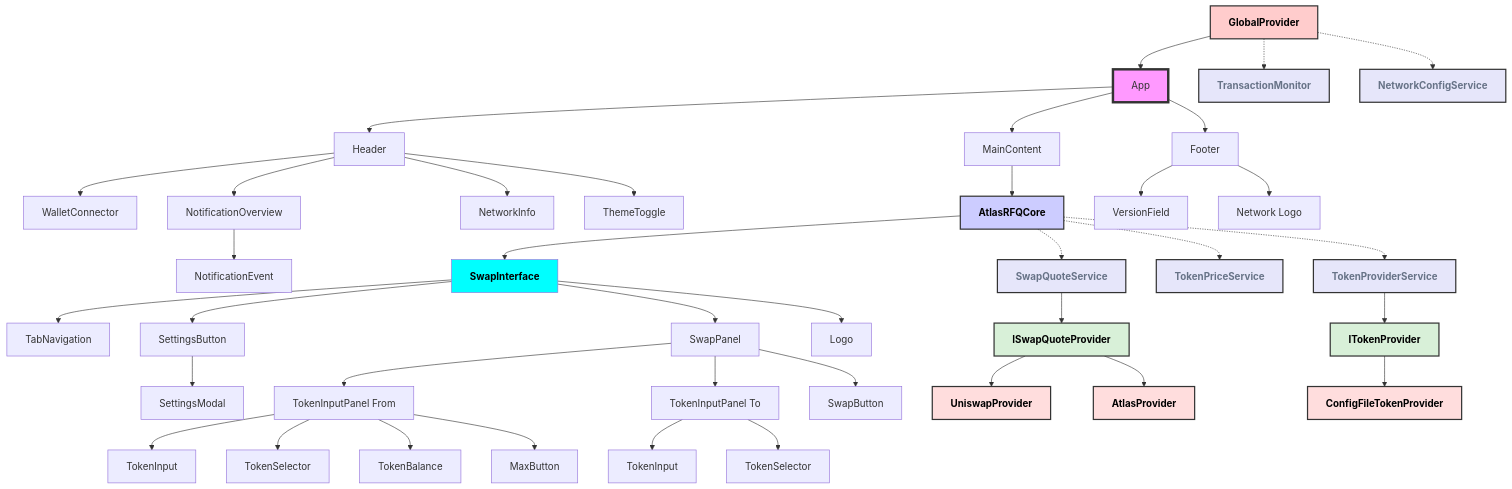
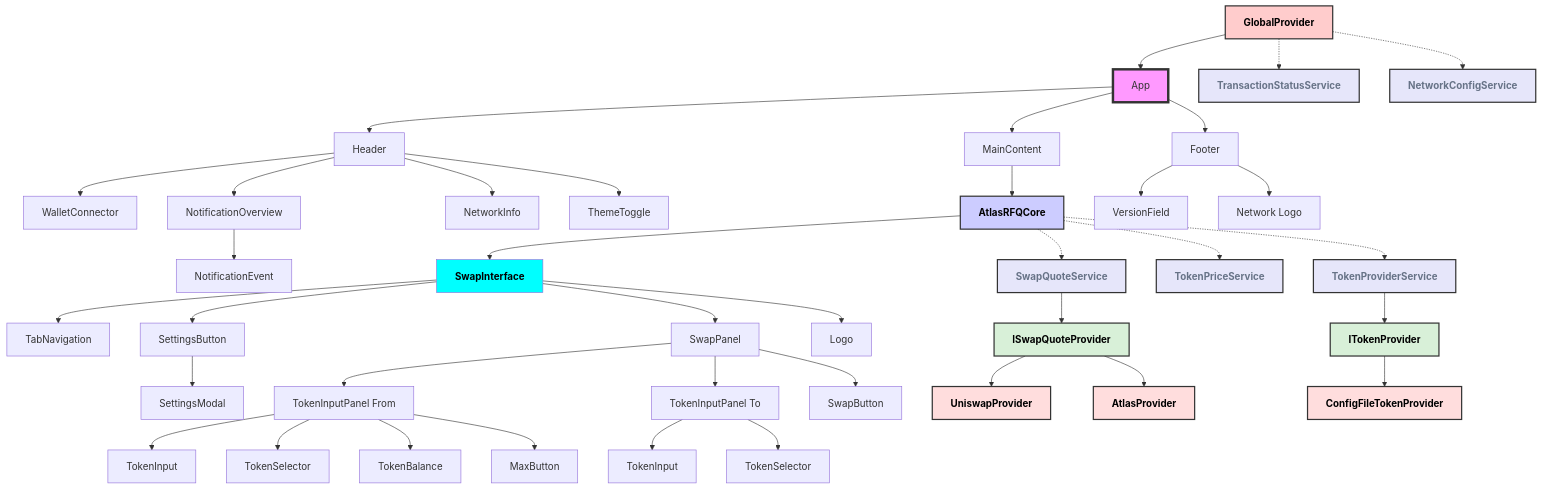
One commit to FastLane-Labs/shMonad-frontend changed the diagram in docs/overview.md. Above: the diagram before and after it, drawn with Mermaid. The commit also changed other lines of this file, not shown here.

Commit message:
docs: update transactionMonitor to StatusService

```diff
--- a/docs/overview.md
+++ b/docs/overview.md
@@ -44,7 +44,7 @@
     A --> B[Header]
     A --> C[MainContent]
     A --> D[Footer]
-    GP -.-> U[TransactionMonitor]
+    GP -.-> U[TransactionStatusService]
     GP -.-> DD[NetworkConfigService]
 
     B --> E[WalletConnector]
```
